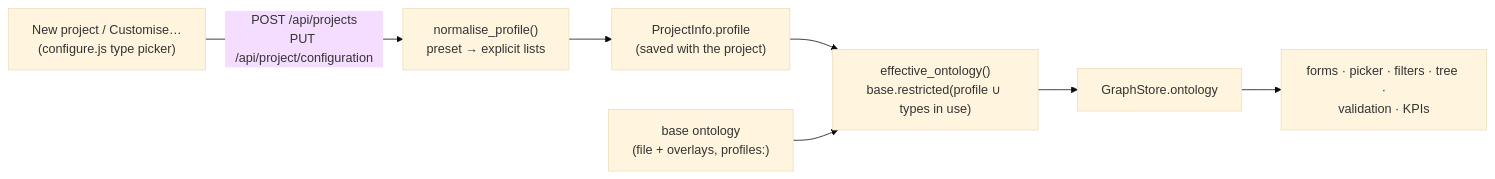
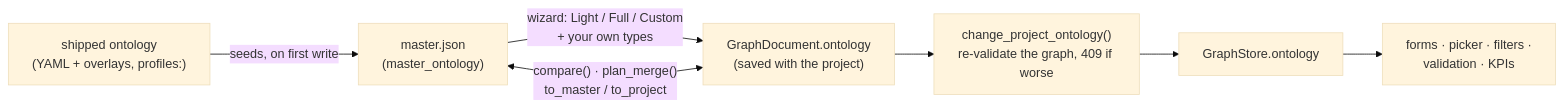
The fifth of 8 diagrams in docs/ARCHITECTURE.md (sudesh309/SETM), drawn with Mermaid (base theme) before and after one commit. The commit also changed other lines of this file and 32 other files, not shown here.

First line of the commit message:
Clearer UI: start page, Dashboard map, master and project ontologies

````diff
--- a/docs/ARCHITECTURE.md
+++ b/docs/ARCHITECTURE.md
@@ -318,9 +341,9 @@
 ```mermaid
 flowchart LR
-    ui["New project / Customise…<br/>(configure.js type picker)"] -->|"POST /api/projects<br/>PUT /api/project/configuration"| norm["normalise_profile()<br/>preset → explicit lists"]
-    norm --> header["ProjectInfo.profile<br/>(saved with the project)"]
-    header --> eff["effective_ontology()<br/>base.restricted(profile ∪ types in use)"]
-    base["base ontology<br/>(file + overlays, profiles:)"] --> eff
-    eff --> store["GraphStore.ontology"]
-    store --> everything["forms · picker · filters · tree ·<br/>validation · KPIs"]
+    shipped["shipped ontology<br/>(YAML + overlays, profiles:)"] -->|"seeds, on first write"| master["master.json<br/>(master_ontology)"]
+    master -->|"wizard: Light / Full / Custom<br/>+ your own types"| projsrc["GraphDocument.ontology<br/>(saved with the project)"]
+    projsrc --> guard["change_project_ontology()<br/>re-validate the graph, 409 if worse"]
+    guard --> store["GraphStore.ontology"]
+    store --> everything["forms · picker · filters ·<br/>validation · KPIs"]
+    projsrc <-->|"compare() · plan_merge()<br/>to_master / to_project"| master
 ```
````
